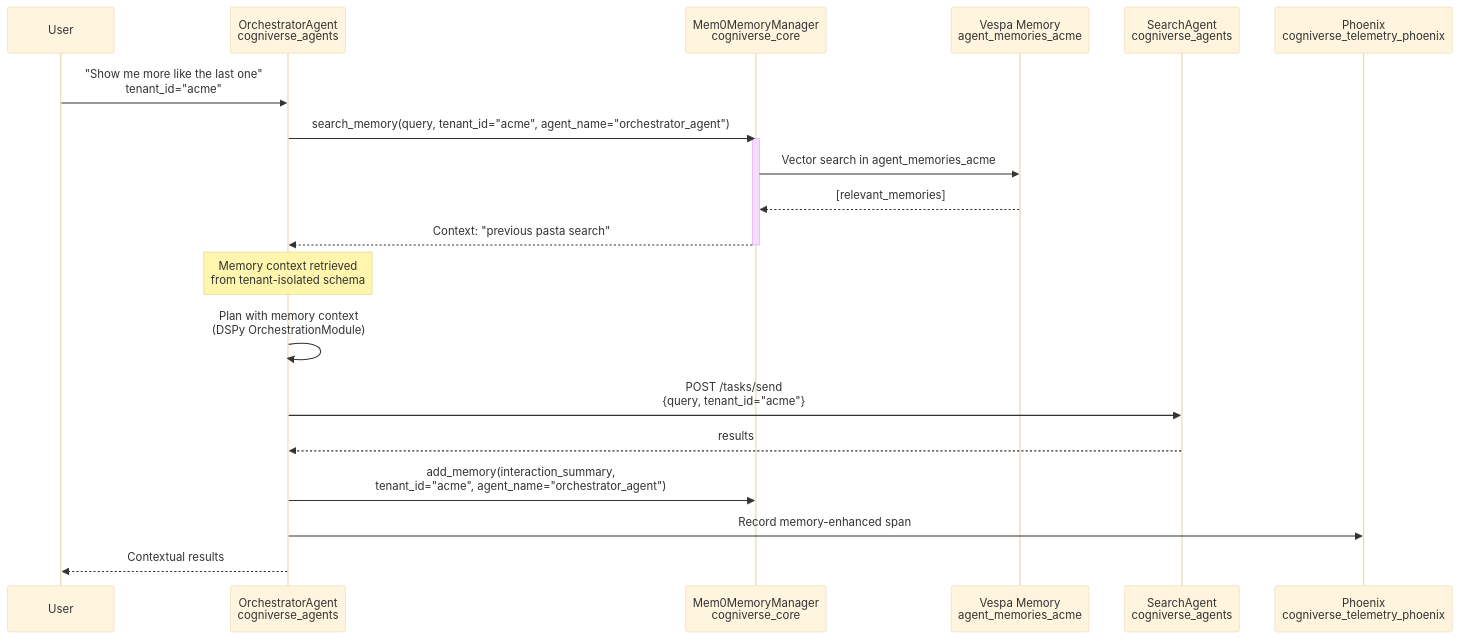
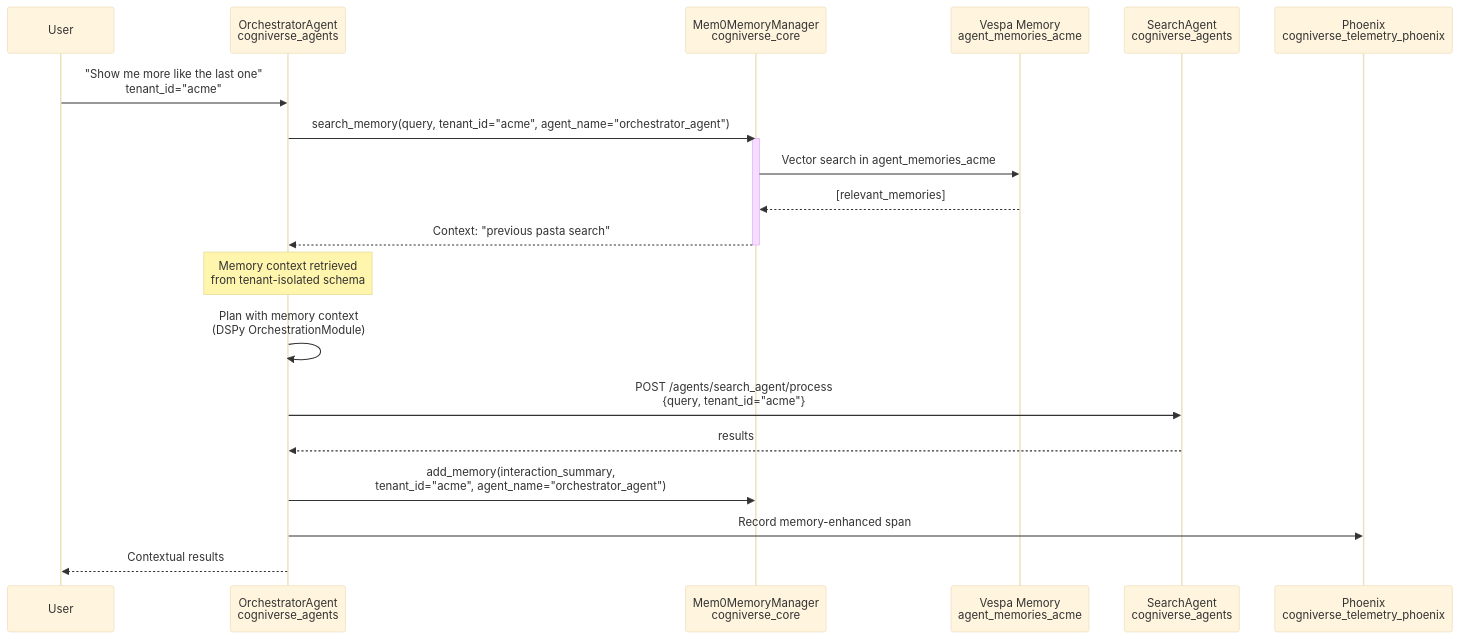
One commit to amit-jain/cogniverse changed the fifth of 25 diagrams in docs/architecture/system-flows.md. Above: the diagram before and after it, drawn with Mermaid (base theme). The commit also changed other lines of this file and 7 other files, not shown here.

First line of the commit message:
Document all 23 agents and convert diagrams to mermaid

````diff
--- a/docs/architecture/system-flows.md
+++ b/docs/architecture/system-flows.md
@@ -158,30 +298,30 @@
 ```mermaid
 sequenceDiagram
     participant User
     participant Orchestrator as OrchestratorAgent<br/>cogniverse_agents
     participant Memory as Mem0MemoryManager<br/>cogniverse_core
     participant Vespa as Vespa Memory<br/>agent_memories_acme
     participant SearchAgent as SearchAgent<br/>cogniverse_agents
     participant Phoenix as Phoenix<br/>cogniverse_telemetry_phoenix
 
     User->>Orchestrator: "Show me more like the last one"<br/>tenant_id="acme"
 
     Orchestrator->>Memory: search_memory(query, tenant_id="acme", agent_name="orchestrator_agent")
     activate Memory
     Memory->>Vespa: Vector search in agent_memories_acme
     Vespa-->>Memory: [relevant_memories]
     Memory-->>Orchestrator: Context: "previous pasta search"
     deactivate Memory
 
     Note over Orchestrator: Memory context retrieved<br/>from tenant-isolated schema
 
     Orchestrator->>Orchestrator: Plan with memory context<br/>(DSPy OrchestrationModule)
 
-    Orchestrator->>SearchAgent: POST /tasks/send<br/>{query, tenant_id="acme"}
+    Orchestrator->>SearchAgent: POST /agents/search_agent/process<br/>{query, tenant_id="acme"}
     SearchAgent-->>Orchestrator: results
 
     Orchestrator->>Memory: add_memory(interaction_summary,<br/>tenant_id="acme", agent_name="orchestrator_agent")
     Orchestrator->>Phoenix: Record memory-enhanced span
 
     Orchestrator-->>User: Contextual results
 ```
````
